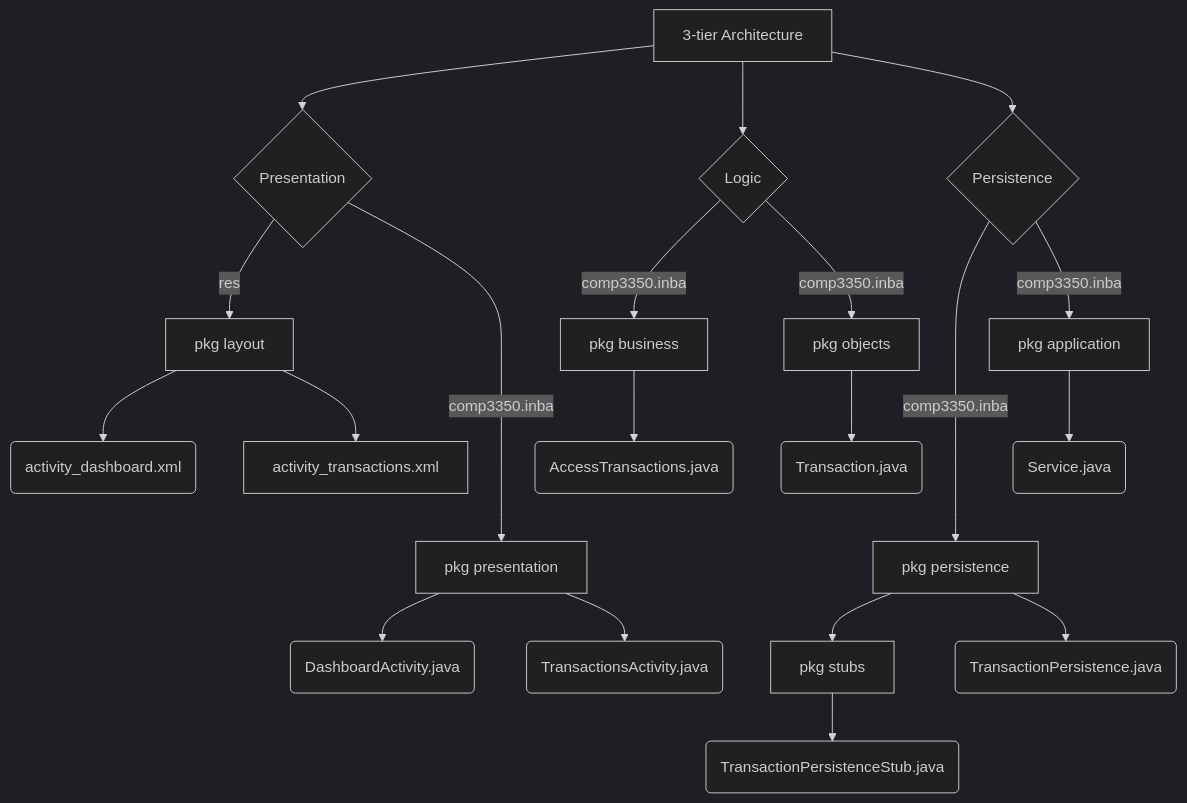
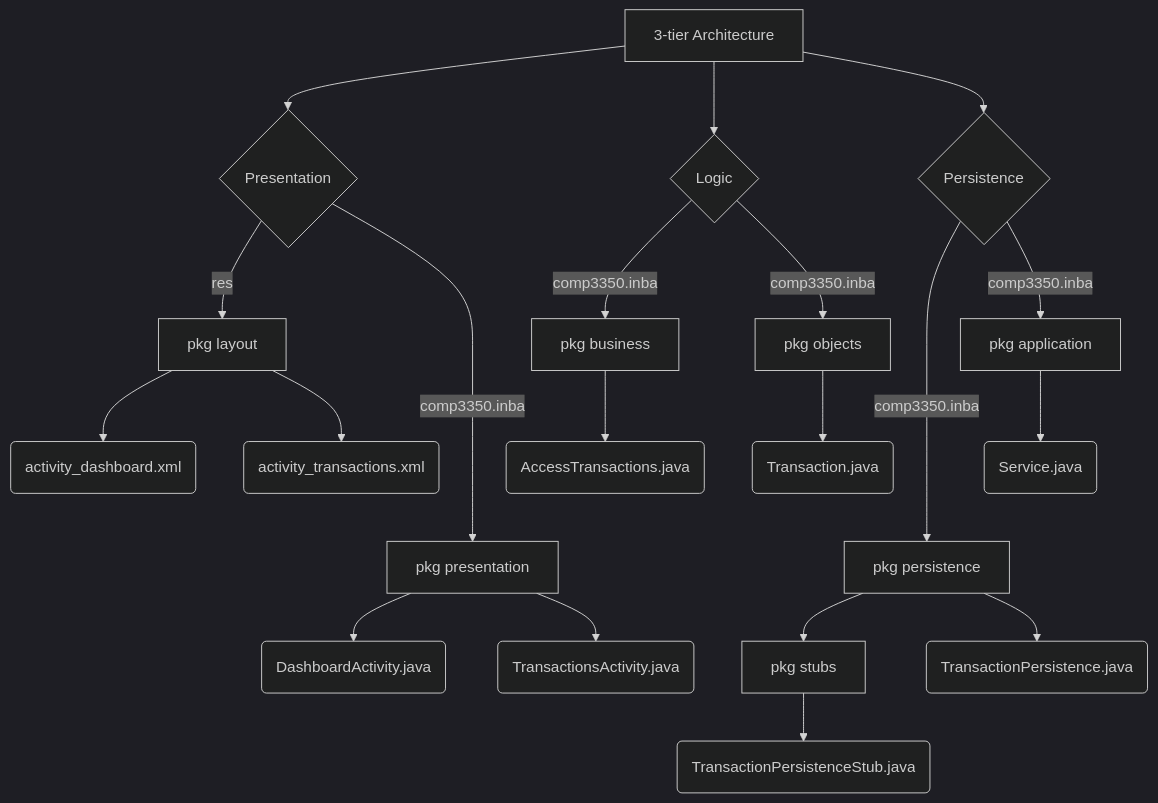
Before and after one commit to ElyonNosa/INBA: the diagram in ARCHITECTURE.md, drawn with Mermaid (dark theme).

````diff
--- a/ARCHITECTURE.md
+++ b/ARCHITECTURE.md
@@ -1,26 +1,26 @@
 ```mermaid
 graph TD
     A[3-tier Architecture]
     A --> PR{Presentation}
     A --> L{Logic}
     A --> PE{Persistence}
 
     PR --> |res| R[pkg layout]
     R --> ACTD(activity_dashboard.xml)
-    R --> ACTT[activity_transactions.xml]
+    R --> ACTT(activity_transactions.xml)
     PR ----> |comp3350.inba| PRES[pkg presentation]
     PRES --> DACT(DashboardActivity.java)
     PRES --> TACT(TransactionsActivity.java)
 
     L --> |comp3350.inba| BUS[pkg business]
     BUS --> AT(AccessTransactions.java)
     L --> |comp3350.inba| OBJ[pkg objects]
     OBJ --> TRANS(Transaction.java)
 
     PE ----> |comp3350.inba| PER[pkg persistence]
     PER --> STUB[pkg stubs]
     STUB --> TPS(TransactionPersistenceStub.java)
     PER --> TP(TransactionPersistence.java)
     PE --> |comp3350.inba| APP[pkg application]
     APP --> SERV(Service.java)
 ```
````
